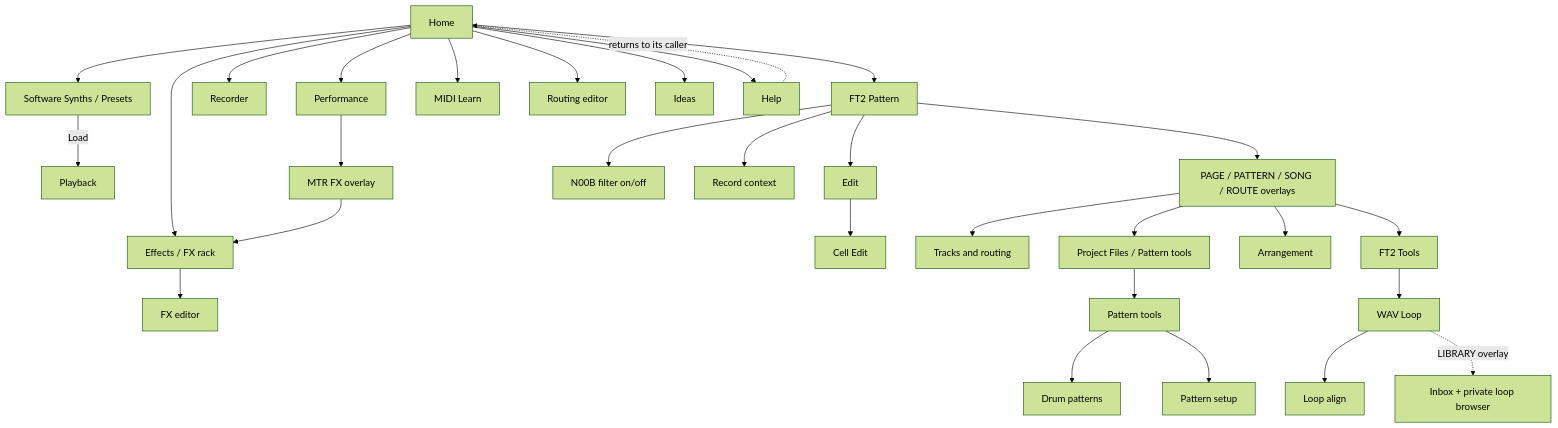
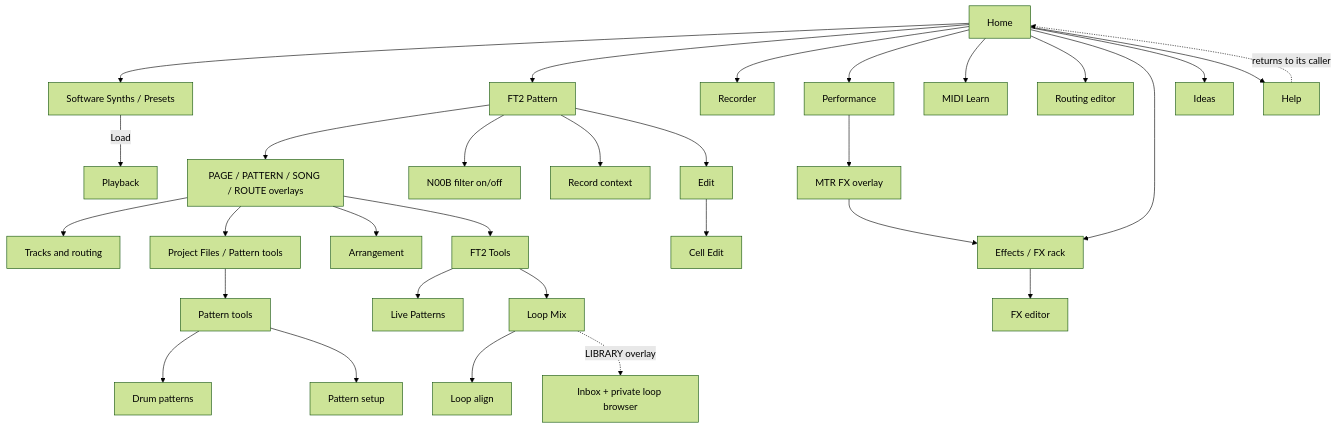
The diagram in docs/MENU_MANUAL.md (PaolaShultz/shr-daw), drawn with Mermaid (forest theme) before and after one commit. The commit also changed other lines of this file and 65 other files, not shown here.

Commit message:
Add Live Patterns and four-slot Loop Mix

````diff
--- a/docs/MENU_MANUAL.md
+++ b/docs/MENU_MANUAL.md
@@ -74,32 +74,33 @@
 ```mermaid
 flowchart TD
     H0[Home] --> P[Software Synths / Presets]
     H0 --> T[FT2 Pattern]
     H0 --> A[Recorder]
     H0 --> M[Performance]
     H0 --> ML[MIDI Learn]
     H0 --> RTE[Routing editor]
     H0 --> FX[Effects / FX rack]
     H0 --> I[Ideas]
     H0 --> H[Help]
     P -->|Load| PB[Playback]
     M --> MO[MTR FX overlay]
     MO --> FX
     FX --> FE[FX editor]
     T --> ON[PAGE / PATTERN / SONG / ROUTE overlays]
     T --> N[N00B filter on/off]
     T --> R[Record context]
     T --> E[Edit]
     E --> CE[Cell Edit]
     ON --> TR[Tracks and routing]
     ON --> F[Project Files / Pattern tools]
     ON --> AR[Arrangement]
     ON --> TT[FT2 Tools]
-    TT --> L[WAV Loop]
+    TT --> LP[Live Patterns]
+    TT --> L[Loop Mix]
     F --> PT[Pattern tools]
     PT --> D[Drum patterns]
     PT --> PS[Pattern setup]
     L --> LA[Loop align]
     L -. LIBRARY overlay .-> LL[Inbox + private loop browser]
     H -. returns to its caller .-> H0
 ```
````
